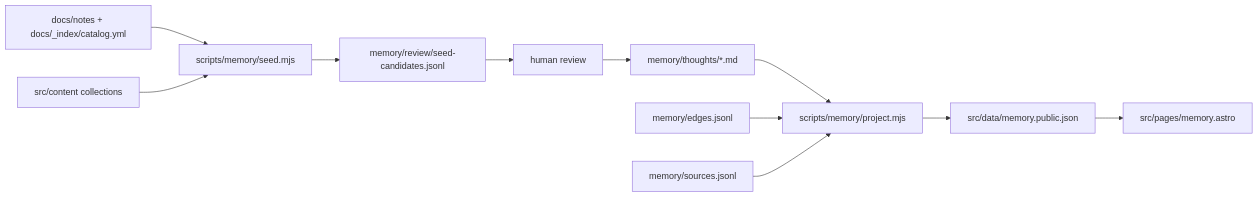
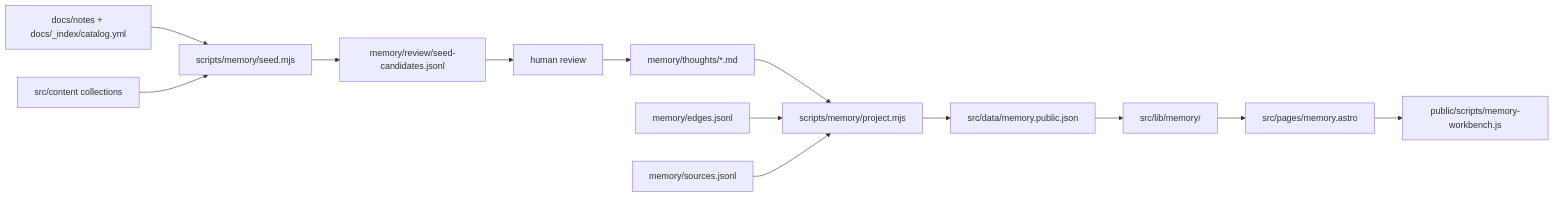
Before and after one commit to beyondwin/Blog: the diagram in docs/implementation/memory-second-brain.md, drawn with Mermaid. The commit also changed other lines of this file and 2 other files, not shown here.

Commit message:
docs: update memory code map

````diff
--- a/docs/implementation/memory-second-brain.md
+++ b/docs/implementation/memory-second-brain.md
@@ -23,13 +23,15 @@
 ```mermaid
 flowchart LR
   Docs["docs/notes + docs/_index/catalog.yml"] --> Seed["scripts/memory/seed.mjs"]
   Content["src/content collections"] --> Seed
   Seed --> Candidates["memory/review/seed-candidates.jsonl"]
   Candidates --> Review["human review"]
   Review --> Thoughts["memory/thoughts/*.md"]
   Thoughts --> Project["scripts/memory/project.mjs"]
   Edges["memory/edges.jsonl"] --> Project
   Sources["memory/sources.jsonl"] --> Project
   Project --> PublicJson["src/data/memory.public.json"]
-  PublicJson --> Page["src/pages/memory.astro"]
+  PublicJson --> Modules["src/lib/memory/"]
+  Modules --> Page["src/pages/memory.astro"]
+  Page --> Workbench["public/scripts/memory-workbench.js"]
 ```
````
